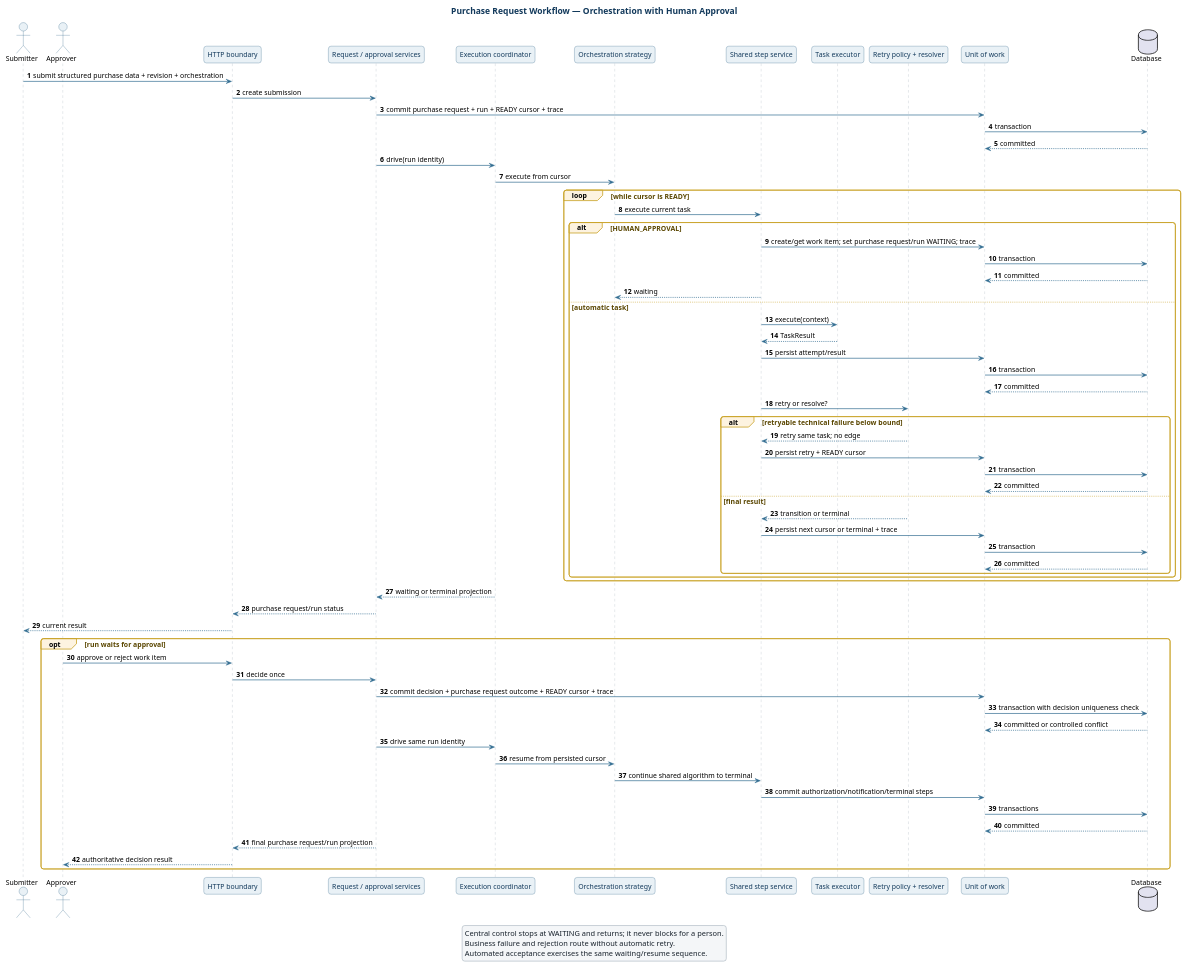
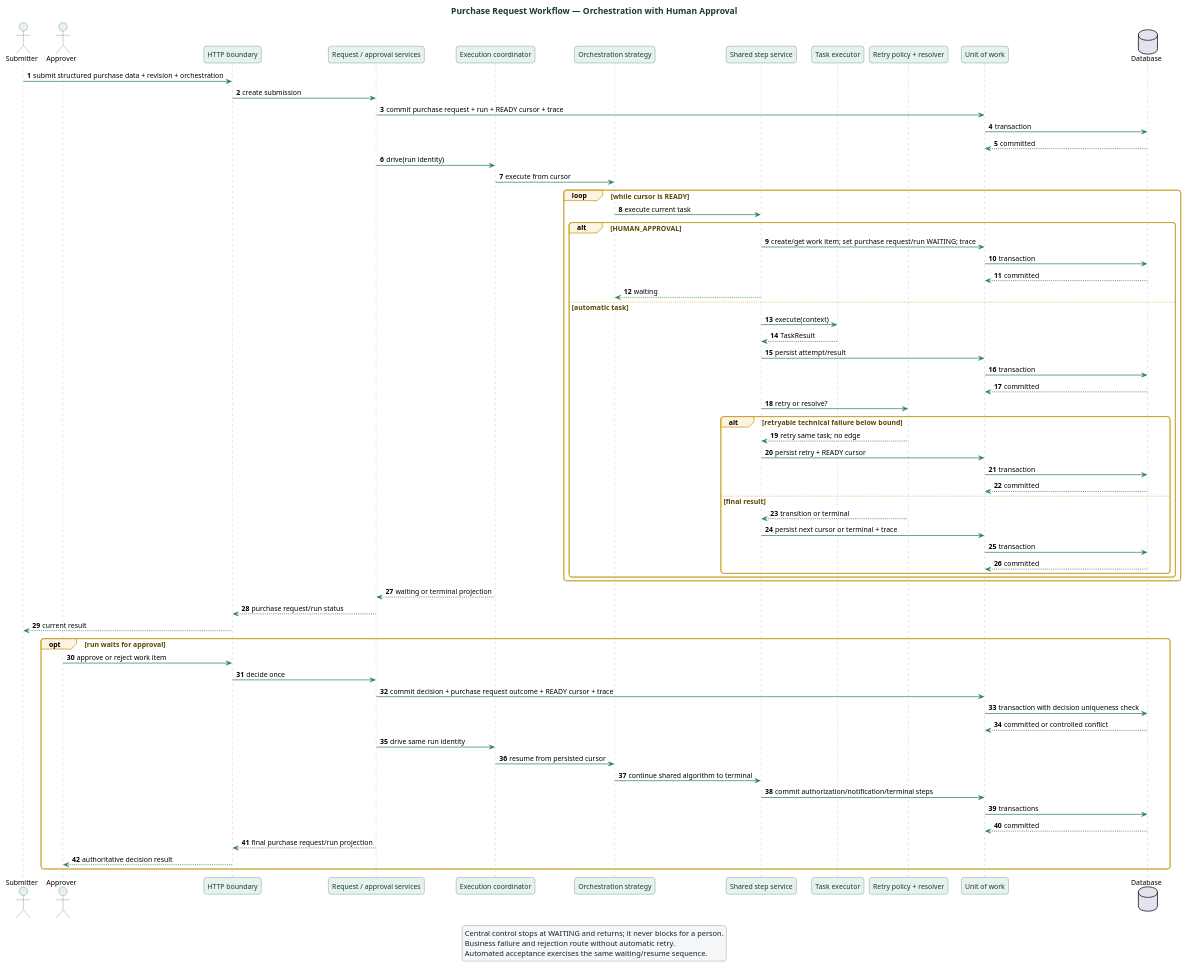
Before and after one commit to MAES1102/WMS: the diagram in docs/architecture/uml/orchestration-sequence.puml, drawn with PlantUML. The commit also changed 33 other files, not shown here.

```diff
--- a/docs/architecture/uml/orchestration-sequence.puml
+++ b/docs/architecture/uml/orchestration-sequence.puml
@@ -1,113 +1,113 @@
 @startuml
 title Purchase Request Workflow — Orchestration with Human Approval
 autonumber
 skinparam shadowing false
 skinparam backgroundColor white
 skinparam defaultFontName Helvetica
 skinparam defaultFontSize 13
 skinparam roundcorner 10
-skinparam ArrowColor #326d91
+skinparam ArrowColor #2d7a5c
 skinparam ArrowThickness 1.3
-skinparam titleFontColor #12395b
+skinparam titleFontColor #163d2e
 skinparam titleFontSize 16
 skinparam titleFontStyle bold
 skinparam sequence {
-  ActorBackgroundColor #e9f1f6
-  ActorBorderColor #1d567d
-  ParticipantBackgroundColor #e9f1f6
-  ParticipantBorderColor #1d567d
-  ParticipantFontColor #12395b
+  ActorBackgroundColor #e8f2ec
+  ActorBorderColor #1f5c44
+  ParticipantBackgroundColor #e8f2ec
+  ParticipantBorderColor #1f5c44
+  ParticipantFontColor #163d2e
   LifeLineBorderColor #9eabb7
   LifeLineBackgroundColor #f4f6f8
-  DatabaseBackgroundColor #d7e6ef
-  DatabaseBorderColor #1d567d
+  DatabaseBackgroundColor #d9ede3
+  DatabaseBorderColor #1f5c44
   GroupBackgroundColor #fdf3e0
   GroupBorderColor #c9a227
   GroupFontColor #5a4600
   DividerBackgroundColor #f4f6f8
 }
 skinparam note {
   BackgroundColor #fff8e7
   BorderColor #c9a227
   FontColor #5a4600
 }
 skinparam legend {
   BackgroundColor #f4f6f8
   BorderColor #9eabb7
   FontColor #17212b
 }
 
 actor Submitter
 actor Approver
 participant "HTTP boundary" as HTTP
 participant "Request / approval services" as Service
 participant "Execution coordinator" as Coordinator
 participant "Orchestration strategy" as Orchestrator
 participant "Shared step service" as Step
 participant "Task executor" as Executor
 participant "Retry policy + resolver" as Policy
 participant "Unit of work" as UoW
 database Database
 
 Submitter -> HTTP : submit structured purchase data + revision + orchestration
 HTTP -> Service : create submission
 Service -> UoW : commit purchase request + run + READY cursor + trace
 UoW -> Database : transaction
 Database --> UoW : committed
 Service -> Coordinator : drive(run identity)
 Coordinator -> Orchestrator : execute from cursor
 
 loop while cursor is READY
   Orchestrator -> Step : execute current task
   alt HUMAN_APPROVAL
     Step -> UoW : create/get work item; set purchase request/run WAITING; trace
     UoW -> Database : transaction
     Database --> UoW : committed
     Step --> Orchestrator : waiting
   else automatic task
     Step -> Executor : execute(context)
     Executor --> Step : TaskResult
     Step -> UoW : persist attempt/result
     UoW -> Database : transaction
     Database --> UoW : committed
     Step -> Policy : retry or resolve?
     alt retryable technical failure below bound
       Policy --> Step : retry same task; no edge
       Step -> UoW : persist retry + READY cursor
       UoW -> Database : transaction
       Database --> UoW : committed
     else final result
       Policy --> Step : transition or terminal
       Step -> UoW : persist next cursor or terminal + trace
       UoW -> Database : transaction
       Database --> UoW : committed
     end
   end
 end
 
 Coordinator --> Service : waiting or terminal projection
 Service --> HTTP : purchase request/run status
 HTTP --> Submitter : current result
 
 opt run waits for approval
   Approver -> HTTP : approve or reject work item
   HTTP -> Service : decide once
   Service -> UoW : commit decision + purchase request outcome + READY cursor + trace
   UoW -> Database : transaction with decision uniqueness check
   Database --> UoW : committed or controlled conflict
   Service -> Coordinator : drive same run identity
   Coordinator -> Orchestrator : resume from persisted cursor
   Orchestrator -> Step : continue shared algorithm to terminal
   Step -> UoW : commit authorization/notification/terminal steps
   UoW -> Database : transactions
   Database --> UoW : committed
   Service --> HTTP : final purchase request/run projection
   HTTP --> Approver : authoritative decision result
 end
 
 legend
 Central control stops at WAITING and returns; it never blocks for a person.
 Business failure and rejection route without automatic retry.
 Automated acceptance exercises the same waiting/resume sequence.
 endlegend
 @enduml
```
